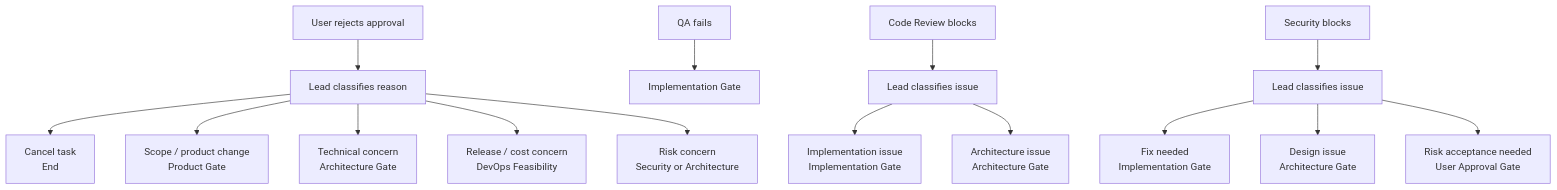
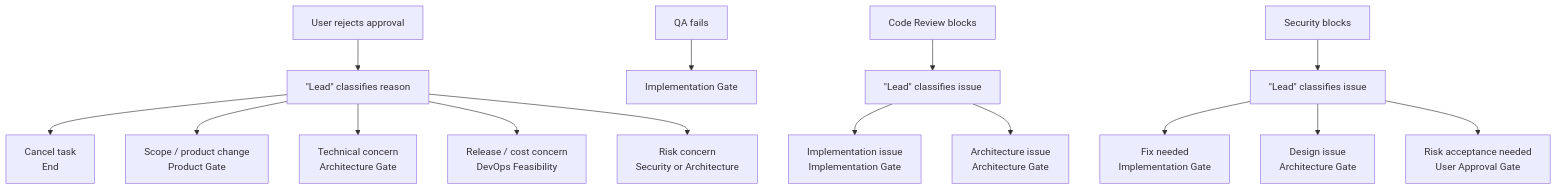
The third of 3 diagrams in ARCHITECTURE.md (ty-testty/Agents-team), drawn with Mermaid before and after one commit. The commit also changed other lines of this file, not shown here.

Commit message:
Clarify architecture role labels

````diff
--- a/ARCHITECTURE.md
+++ b/ARCHITECTURE.md
@@ -99,21 +99,21 @@
 ```mermaid
 flowchart TB
-    REJ["User rejects approval"] --> LEAD["Lead classifies reason"]
+    REJ["User rejects approval"] --> LEAD["&quot;Lead&quot; classifies reason"]
 
     LEAD --> CANCEL["Cancel task<br/>End"]
     LEAD --> SCOPE["Scope / product change<br/>Product Gate"]
     LEAD --> TECH["Technical concern<br/>Architecture Gate"]
     LEAD --> REL["Release / cost concern<br/>DevOps Feasibility"]
     LEAD --> RISK["Risk concern<br/>Security or Architecture"]
 
     QAFAIL["QA fails"] --> IMPL["Implementation Gate"]
 
-    CRBLOCK["Code Review blocks"] --> CRWHY["Lead classifies issue"]
+    CRBLOCK["Code Review blocks"] --> CRWHY["&quot;Lead&quot; classifies issue"]
     CRWHY --> IMPLISSUE["Implementation issue<br/>Implementation Gate"]
     CRWHY --> ARCHISSUE["Architecture issue<br/>Architecture Gate"]
 
-    SECBLOCK["Security blocks"] --> SECWHY["Lead classifies issue"]
+    SECBLOCK["Security blocks"] --> SECWHY["&quot;Lead&quot; classifies issue"]
     SECWHY --> FIX["Fix needed<br/>Implementation Gate"]
     SECWHY --> DESIGN["Design issue<br/>Architecture Gate"]
     SECWHY --> ACCEPT["Risk acceptance needed<br/>User Approval Gate"]
 ```
````
